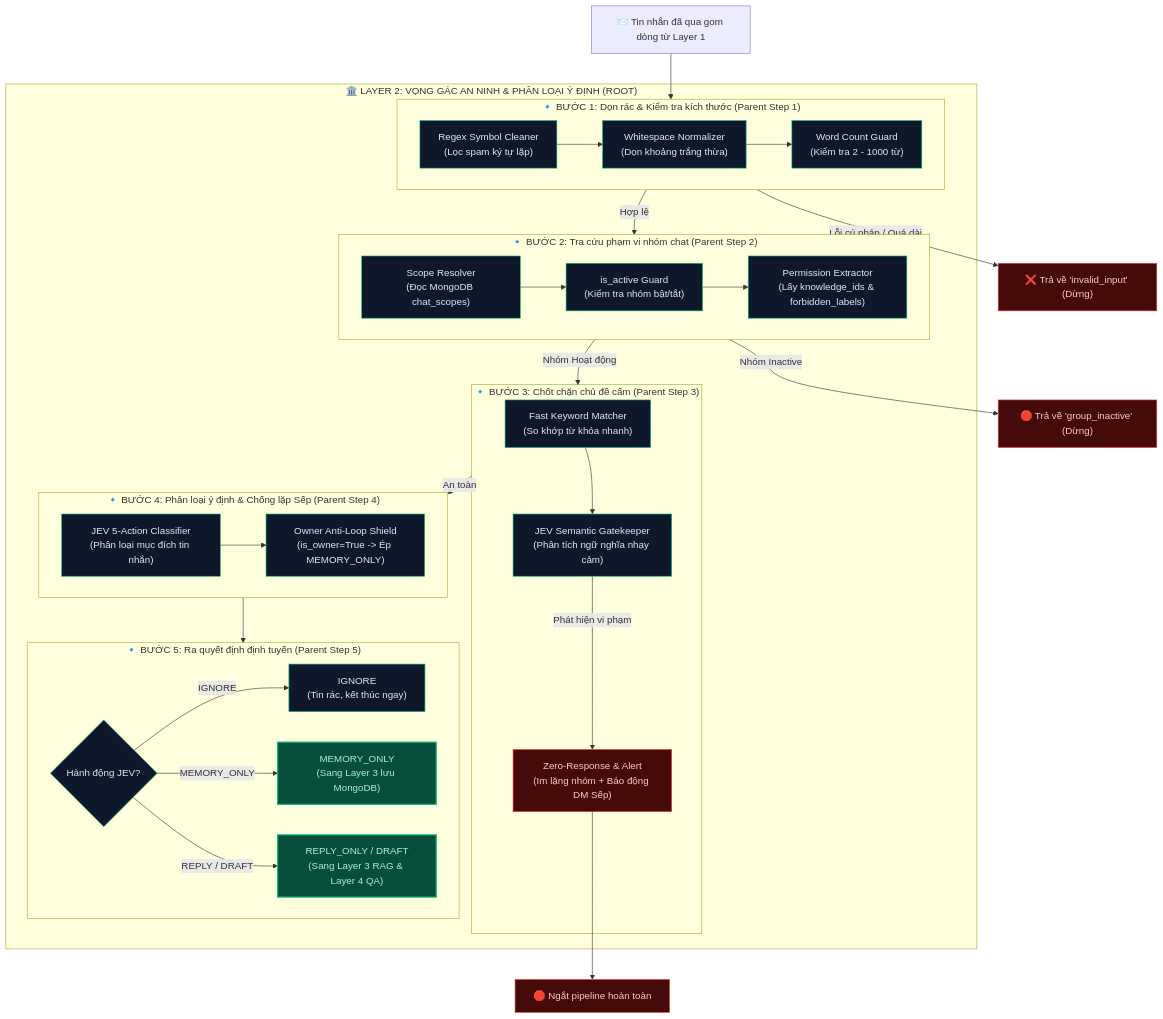
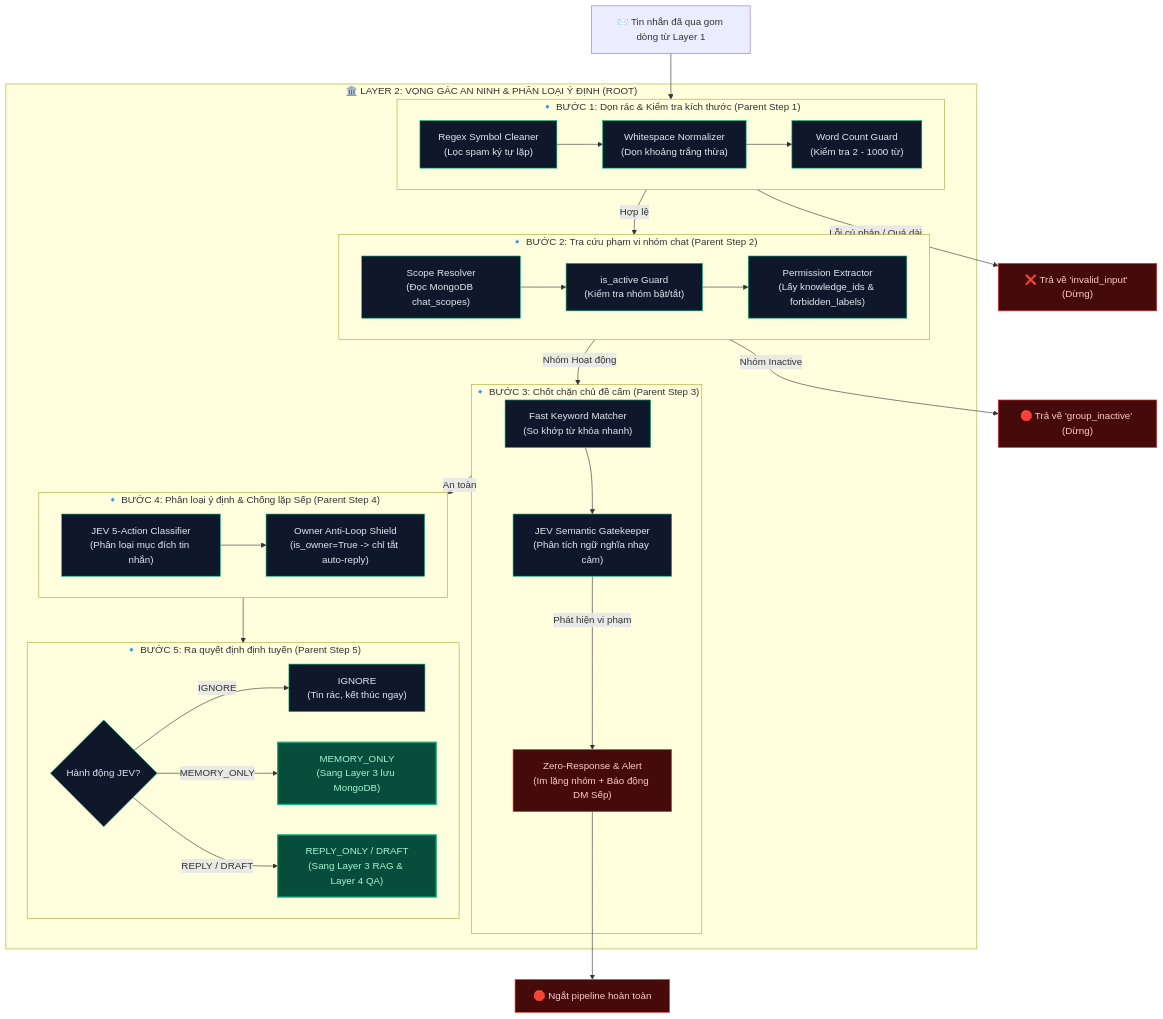
Before and after one commit to tetsde/LarkAssistant: the diagram in server/docs/layer2/ultis_docs/README.md, drawn with Mermaid. The commit also changed other lines of this file and 58 other files, not shown here.

````diff
--- a/server/docs/layer2/ultis_docs/README.md
+++ b/server/docs/layer2/ultis_docs/README.md
@@ -66,65 +66,65 @@
 ```mermaid
 flowchart TD
     classDef stepBox fill:#1e293b,stroke:#3b82f6,stroke-width:2px,color:#f8fafc;
     classDef utilBox fill:#0f172a,stroke:#10b981,stroke-width:1px,color:#e2e8f0;
     classDef rootBox fill:#1e1b4b,stroke:#8b5cf6,stroke-width:3px,color:#ffffff;
     classDef alertBox fill:#450a0a,stroke:#ef4444,stroke-width:1px,color:#fecaca;
     classDef successBox fill:#064e3b,stroke:#10b981,stroke-width:2px,color:#a7f3d0;
 
     InMsg["📨 Tin nhắn đã qua gom dòng từ Layer 1"]
 
     subgraph L2["🏛️ LAYER 2: VỌNG GÁC AN NINH & PHÂN LOẠI Ý ĐỊNH (ROOT)"]
         
         subgraph S1["🔹 BƯỚC 1: Dọn rác & Kiểm tra kích thước (Parent Step 1)"]
             U1_1["Regex Symbol Cleaner<br/>(Lọc spam ký tự lặp)"]:::utilBox
             U1_2["Whitespace Normalizer<br/>(Dọn khoảng trắng thừa)"]:::utilBox
             U1_3["Word Count Guard<br/>(Kiểm tra 2 - 1000 từ)"]:::utilBox
             U1_1 --> U1_2 --> U1_3
         end
         
         subgraph S2["🔹 BƯỚC 2: Tra cứu phạm vi nhóm chat (Parent Step 2)"]
             U2_1["Scope Resolver<br/>(Đọc MongoDB chat_scopes)"]:::utilBox
             U2_2["is_active Guard<br/>(Kiểm tra nhóm bật/tắt)"]:::utilBox
             U2_3["Permission Extractor<br/>(Lấy knowledge_ids & forbidden_labels)"]:::utilBox
             U2_1 --> U2_2 --> U2_3
         end
 
         subgraph S3["🔹 BƯỚC 3: Chốt chặn chủ đề cấm (Parent Step 3)"]
             U3_1["Fast Keyword Matcher<br/>(So khớp từ khóa nhanh)"]:::utilBox
             U3_2["JEV Semantic Gatekeeper<br/>(Phân tích ngữ nghĩa nhạy cảm)"]:::utilBox
             U3_3["Zero-Response & Alert<br/>(Im lặng nhóm + Báo động DM Sếp)"]:::alertBox
             U3_1 --> U3_2
             U3_2 -->|Phát hiện vi phạm| U3_3
         end
 
         subgraph S4["🔹 BƯỚC 4: Phân loại ý định & Chống lặp Sếp (Parent Step 4)"]
             U4_1["JEV 5-Action Classifier<br/>(Phân loại mục đích tin nhắn)"]:::utilBox
-            U4_2["Owner Anti-Loop Shield<br/>(is_owner=True -> Ép MEMORY_ONLY)"]:::utilBox
+            U4_2["Owner Anti-Loop Shield<br/>(is_owner=True -> chỉ tắt auto-reply)"]:::utilBox
             U4_1 --> U4_2
         end
 
         subgraph S5["🔹 BƯỚC 5: Ra quyết định định tuyến (Parent Step 5)"]
             U5_1{"Hành động JEV?"}:::utilBox
             U5_2["IGNORE<br/>(Tin rác, kết thúc ngay)"]:::utilBox
             U5_3["MEMORY_ONLY<br/>(Sang Layer 3 lưu MongoDB)"]:::successBox
             U5_4["REPLY_ONLY / DRAFT<br/>(Sang Layer 3 RAG & Layer 4 QA)"]:::successBox
             
             U5_1 -->|IGNORE| U5_2
             U5_1 -->|MEMORY_ONLY| U5_3
             U5_1 -->|REPLY / DRAFT| U5_4
         end
 
     end
 
     InMsg --> S1
     S1 -->|Lỗi cú pháp / Quá dài| ErrDrop["❌ Trả về 'invalid_input' (Dừng)"]:::alertBox
     S1 -->|Hợp lệ| S2
     
     S2 -->|Nhóm Inactive| InactiveDrop["🛑 Trả về 'group_inactive' (Dừng)"]:::alertBox
     S2 -->|Nhóm Hoạt động| S3
     
     U3_3 --> StopForbidden["🛑 Ngắt pipeline hoàn toàn"]:::alertBox
     S3 -->|An toàn| S4
     
     S4 --> S5
 ```
````
